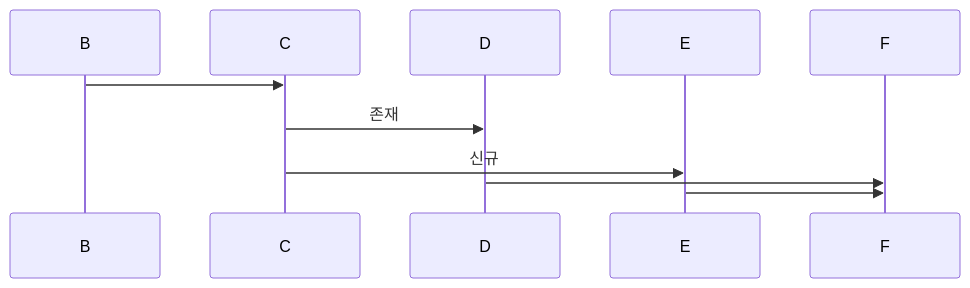
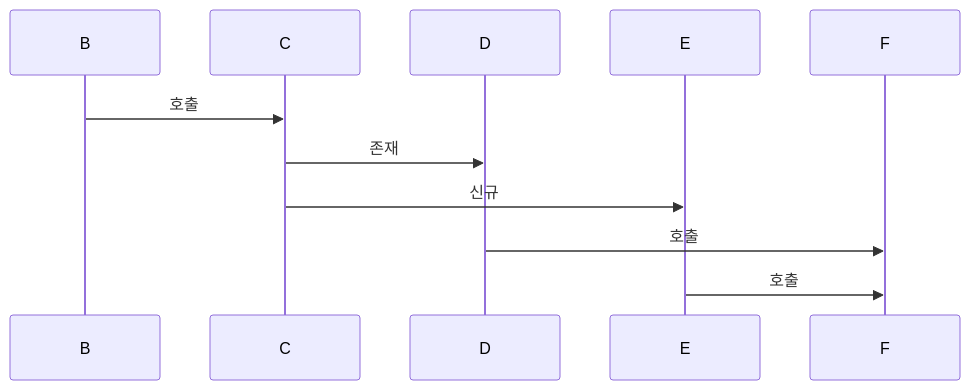
Before and after one commit to yjkim2015/yjkim2015.github.io: the third of 8 diagrams in _posts/systemdesign/2026-05-02-system-design-url-shortener.md, drawn with Mermaid. The commit also changed 85 other files, not shown here.

First line of the commit message:
sequenceDiagram 문법 에러 2차 수정 169개 (86파일)

````diff
--- a/_posts/systemdesign/2026-05-02-system-design-url-shortener.md
+++ b/_posts/systemdesign/2026-05-02-system-design-url-shortener.md
@@ -178,8 +178,8 @@
 ```mermaid
 sequenceDiagram
-    B->>C:
+    B->>C: 호출
     C->>D: 존재
     C->>E: 신규
-    D->>F:
-    E->>F:
+    D->>F: 호출
+    E->>F: 호출
 ```
````
